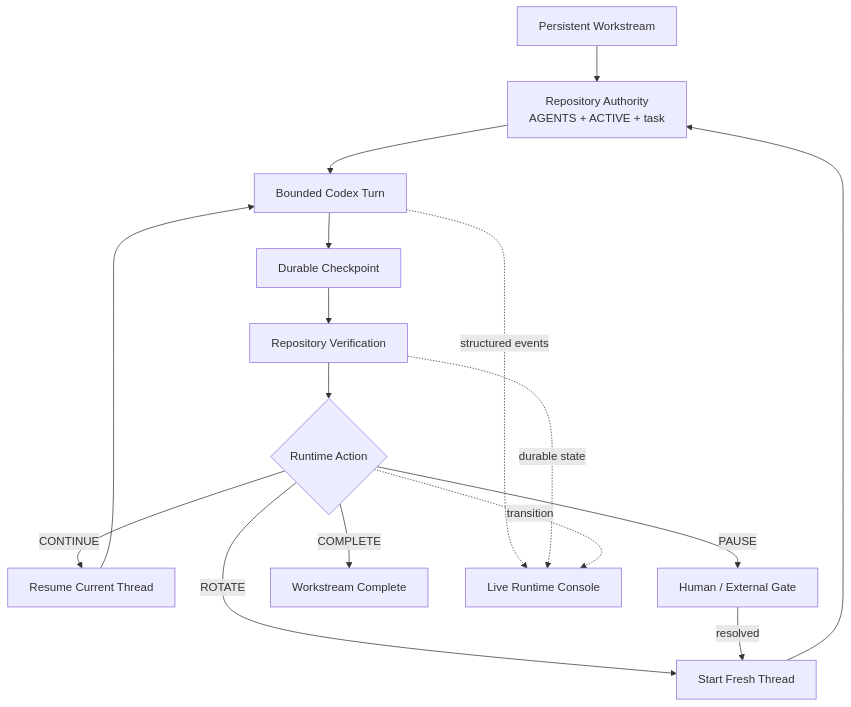
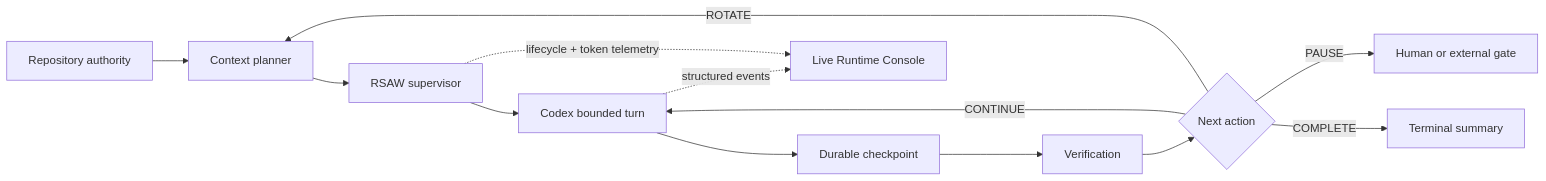
The diagram in README.md (hanklin9188/repository-state-agent-workflow), drawn with Mermaid before and after one commit. The commit also changed other lines of this file and 70 other files, not shown here.

Commit message:
feat: materialize RSAW 0.5 token-efficient runtime

````diff
--- a/README.md
+++ b/README.md
@@ -205,24 +161,15 @@
 ```mermaid
-flowchart TD
-    W[Persistent Workstream]
-    S[Repository Authority\nAGENTS + ACTIVE + task]
-    A[Bounded Codex Turn]
-    C[Durable Checkpoint]
-    V[Repository Verification]
-    G{Runtime Action}
-    K[Resume Current Thread]
-    R[Start Fresh Thread]
-    P[Human / External Gate]
-    D[Workstream Complete]
-    U[Live Runtime Console]
-
-    W --> S --> A --> C --> V --> G
-    A -. structured events .-> U
-    V -. durable state .-> U
-    G -. transition .-> U
-    G -->|CONTINUE| K --> A
-    G -->|ROTATE| R --> S
-    G -->|PAUSE| P
-    P -->|resolved| R
-    G -->|COMPLETE| D
+flowchart LR
+    A[Repository authority] --> P[Context planner]
+    P --> S[RSAW supervisor]
+    S --> C[Codex bounded turn]
+    C --> E[Durable checkpoint]
+    E --> V[Verification]
+    V --> D{Next action}
+    D -->|CONTINUE| C
+    D -->|ROTATE| P
+    D -->|PAUSE| H[Human or external gate]
+    D -->|COMPLETE| X[Terminal summary]
+    C -. structured events .-> U[Live Runtime Console]
+    S -. lifecycle + token telemetry .-> U
 ```
````
